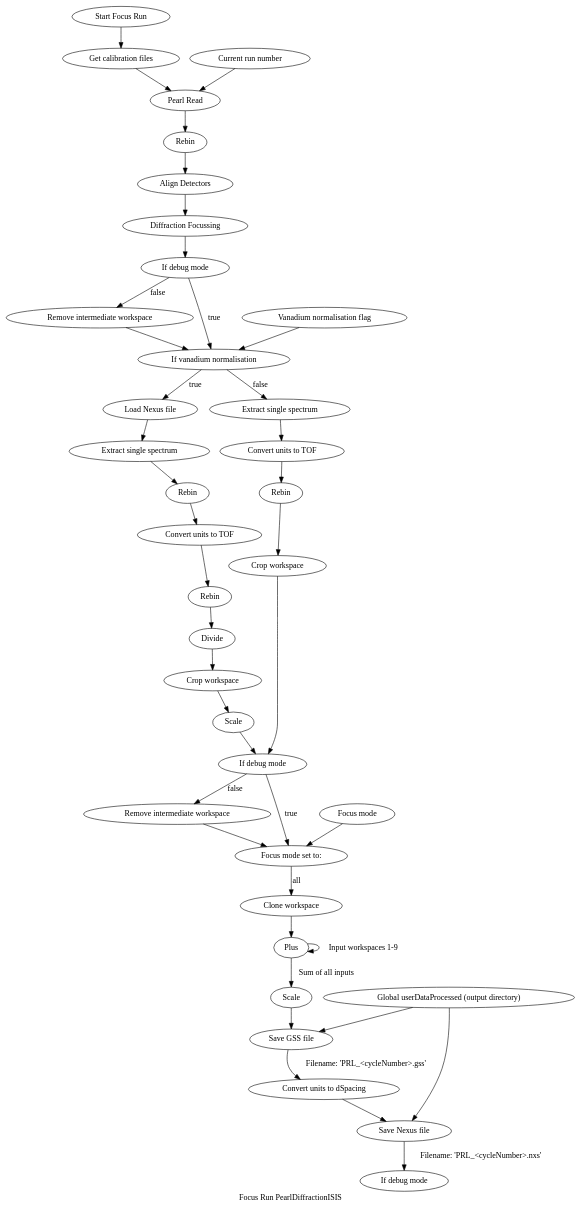
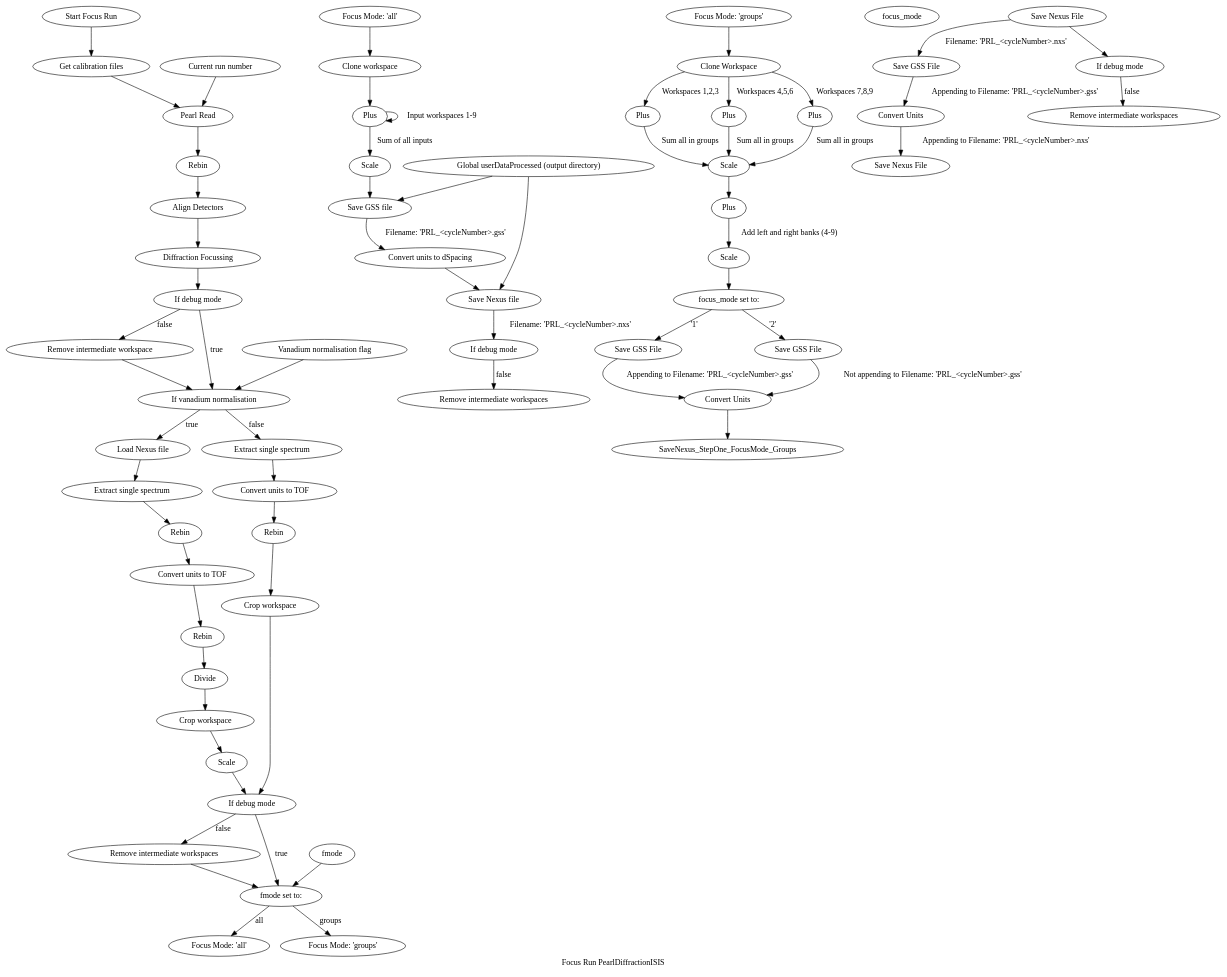
Before and after one commit to mantidproject/mantid: the diagram in docs/source/diagrams/PEARL-Run-Focus-wkflw.dot, drawn with Graphviz.

Commit message:
Re #17046 More work on PEARL graphs

```diff
--- a/docs/source/diagrams/PEARL-Run-Focus-wkflw.dot
+++ b/docs/source/diagrams/PEARL-Run-Focus-wkflw.dot
@@ -5,13 +5,17 @@
     // Global prefix: Focus_run_
     
     Focus_run_start             [label="Start Focus Run"]
+    Focus_run_start_FocusModeAll    [label="Focus Mode: 'all'"]
+    Focus_run_start_FocusModeGroups [label="Focus Mode: 'groups'"]
     
     subgraph params {
     //$param_style
     
     Focus_run_param_current_run_number  [label="Current run number"]
     Focus_run_param_vanadium_norm       [label="Vanadium normalisation flag"]
-    Focus_run_param_focus_mode          [label="Focus mode"]
+    Focus_run_param_f_mode              [label="fmode"]
+    
+    Focus_run_param_focus_mode          [label="focus_mode"]
     
     // Global output directory
     Focus_run_param_userDataProcessed_FocusModeAll   [label="Global userDataProcessed (output directory)"]
@@ -24,6 +28,9 @@
     // Read steps - suffix:read
     Focus_run_get_calib_files_read      [label="Get calibration files"]
     Focus_run_read                      [label="Pearl Read"]
+    
+    Focus_run_process_FocusModeAll      [label="Focus Mode: 'all'"]
+    Focus_run_process_FocusModeGroups   [label="Focus Mode: 'groups'"]
     
     
     } //End of processes
@@ -55,7 +62,7 @@
     CropWorkspace_VanCalibFalse         [label="Crop workspace"]
     
     //Vanadium calibration steps - Suffix: VanCalib
-    Remove_temp_workspace_VanCalib      [label="Remove intermediate workspace"]
+    Remove_temp_workspace_VanCalib      [label="Remove intermediate workspaces"]
     
     //Focus mode set to 'all' steps - Suffix: FocusModeAll
     CloneWorkspace_FocusModeAll         [label="Clone workspace"]
@@ -64,9 +71,24 @@
     SaveGSS_FocusModeAll                [label="Save GSS file"]
     ConvertUnits_dSpacing_FocusModeAll  [label="Convert units to dSpacing"]
     SaveNexus_FocusModeAll              [label="Save Nexus file"]
+    Remove_temp_workspace_FocusModeAll  [label="Remove intermediate workspaces"]
     
     //Focus mode set to 'groups' steps - Suffix: FocusModeGroups
-    
+    CloneWorkspace_FocusModeGroups      [label="Clone Workspace"]
+    Plus_StepOne_FocusModeGroups        [label="Plus"]
+    Plus_StepTwo_FocusModeGroups        [label="Plus"]
+    Plus_StepThree_FocusModeGroups      [label="Plus"]
+    Plus_StepFour_FocusModeGroups       [label="Plus"]
+    Scale_StepOne_FocusModeGroups       [label="Scale"]
+    Scale_StepTwo_FocusModeGroups       [label="Scale"]
+    SaveGSS_Mode1_FocusModeGroups       [label="Save GSS File"]
+    SaveGSS_Mode2_FocusModeGroups       [label="Save GSS File"]
+    ConvertUnits_FocusModeGroups        [label="Convert Units"]
+    SaveNexus_FocusMode_Groups          [label="Save Nexus File"]
+    SaveGSS_Range_FocusModeGroups       [label="Save GSS File"]
+    ConvertUnits_PreSave_FocusModeGroups [label="Convert Units"]
+    SaveNexus_Range_FocusModeGroups     [label="Save Nexus File"]
+    Remove_temp_workspace_FocusModeGroups [label="Remove intermediate workspaces"]
     
     } //End of algorithms
     
@@ -76,11 +98,13 @@
     // Debug checks
     Focus_run_if_debug_mode_read        [label="If debug mode"]
     Focus_run_if_debug_mode_VanCalib    [label="If debug mode"]
-    Focus_run_if_debug_mode_Focus [label="If debug mode"]
+    Focus_run_if_debug_mode_FocusModeAll    [label="If debug mode"]
+    Focus_run_if_debug_mode_FocusModeGroups [label="If debug mode"]
     
     
-    Focus_run_switch_focus_mode         [label="Focus mode set to:"]
+    Focus_run_switch_f_mode             [label="fmode set to:"]
     Focus_run_if_van_norm               [label="If vanadium normalisation"]
+    Focus_run_if_focus_mode             [label="focus_mode set to:"]
     
     } //End of decisions
     
@@ -125,28 +149,66 @@
     // Finished vanadium calibration - debug mode flag test
     // Debug mode is off:
     Focus_run_if_debug_mode_VanCalib    -> Remove_temp_workspace_VanCalib   [label="false"]
-    Remove_temp_workspace_VanCalib      -> Focus_run_switch_focus_mode
+    Remove_temp_workspace_VanCalib      -> Focus_run_switch_f_mode
     // Debug mode is on (ie. don't remove temp workspaces)
-    Focus_run_if_debug_mode_VanCalib    -> Focus_run_switch_focus_mode      [label="true"]
+    Focus_run_if_debug_mode_VanCalib    -> Focus_run_switch_f_mode          [label="true"]
     
     // Check the param to determine next behaviour 
-    Focus_run_param_focus_mode          -> Focus_run_switch_focus_mode  
+    Focus_run_param_f_mode              -> Focus_run_switch_f_mode  
+    Focus_run_switch_f_mode             -> Focus_run_process_FocusModeAll   [label="all"]
+    Focus_run_switch_f_mode             -> Focus_run_process_FocusModeGroups [label="groups"]
     
+    
+    }
+    
+    
+    
+    subgraph Focus_run_FocusModeAll{
     //Focus mode set to 'all' steps - Suffix: FocusModeAll
-    Focus_run_switch_focus_mode         -> CloneWorkspace_FocusModeAll      [label="all"]
+    Focus_run_start_FocusModeAll        -> CloneWorkspace_FocusModeAll
     CloneWorkspace_FocusModeAll         -> Plus_FocusModeAll
     Plus_FocusModeAll                   -> Plus_FocusModeAll                [label="Input workspaces 1-9"]
     Plus_FocusModeAll                   -> Scale_FocusModeAll               [label="Sum of all inputs"]
     Scale_FocusModeAll                  -> SaveGSS_FocusModeAll
     Focus_run_param_userDataProcessed_FocusModeAll -> SaveGSS_FocusModeAll  
-    SaveGSS_FocusModeAll                -> ConvertUnits_dSpacing_FocusModeAll [label="Filename: 'PRL_<cycleNumber>.gss'"]
+    SaveGSS_FocusModeAll                -> ConvertUnits_dSpacing_FocusModeAll   [label="Filename: 'PRL_<cycleNumber>.gss'"]
     ConvertUnits_dSpacing_FocusModeAll  -> SaveNexus_FocusModeAll
     Focus_run_param_userDataProcessed_FocusModeAll -> SaveNexus_FocusModeAll
-    SaveNexus_FocusModeAll              -> Focus_run_if_debug_mode_Focus    [label="Filename: 'PRL_<cycleNumber>.nxs'"]
-    
-    //Focus mode set to 'groups' steps - Suffix: FocusModeGroups
-    
-    
+    SaveNexus_FocusModeAll              -> Focus_run_if_debug_mode_FocusModeAll [label="Filename: 'PRL_<cycleNumber>.nxs'"]
+    //Finally debug mode test
+    // Debug mode is off:
+    Focus_run_if_debug_mode_FocusModeAll -> Remove_temp_workspace_FocusModeAll  [label="false"] 
     
     }
+    
+    subgraph Focus_run_FocusModeGroups{
+    //Focus mode set to 'groups' steps - Suffix: FocusModeGroups
+    Focus_run_start_FocusModeGroups     -> CloneWorkspace_FocusModeGroups
+    //First workspaces 0-2 - we will 1 based index as that's what Mantid will output 
+    CloneWorkspace_FocusModeGroups      -> Plus_StepOne_FocusModeGroups     [label="Workspaces 1,2,3"]
+    CloneWorkspace_FocusModeGroups      -> Plus_StepTwo_FocusModeGroups     [label="Workspaces 4,5,6"]
+    CloneWorkspace_FocusModeGroups      -> Plus_StepThree_FocusModeGroups   [label="Workspaces 7,8,9"]
+    Plus_StepOne_FocusModeGroups        -> Scale_StepOne_FocusModeGroups    [label="Sum all in groups"]
+    Plus_StepTwo_FocusModeGroups        -> Scale_StepOne_FocusModeGroups    [label="Sum all in groups"]
+    Plus_StepThree_FocusModeGroups      -> Scale_StepOne_FocusModeGroups    [label="Sum all in groups"]
+    // Add left and right 90 degree bank modules
+    Scale_StepOne_FocusModeGroups       -> Plus_StepFour_FocusModeGroups
+    Plus_StepFour_FocusModeGroups       -> Scale_StepTwo_FocusModeGroups    [label="Add left and right banks (4-9)"]
+    Scale_StepTwo_FocusModeGroups       -> Focus_run_if_focus_mode      
+    // Focus_mode '1' saving:
+    Focus_run_if_focus_mode             -> SaveGSS_Mode1_FocusModeGroups    [label="'1'"]
+    SaveGSS_Mode1_FocusModeGroups       -> ConvertUnits_FocusModeGroups     [label="Appending to Filename: 'PRL_<cycleNumber>.gss'"]
+    // Focus Mode '2' saving:
+    Focus_run_if_focus_mode             -> SaveGSS_Mode2_FocusModeGroups    [label="'2'"]
+    SaveGSS_Mode2_FocusModeGroups       -> ConvertUnits_FocusModeGroups     [label="Not appending to Filename: 'PRL_<cycleNumber>.gss'"]
+    ConvertUnits_FocusModeGroups        -> SaveNexus_StepOne_FocusMode_Groups
+    SaveNexus_FocusMode_Groups          -> SaveGSS_Range_FocusModeGroups    [label="Filename: 'PRL_<cycleNumber>.nxs'"]
+    SaveGSS_Range_FocusModeGroups       -> ConvertUnits_PreSave_FocusModeGroups [label="Appending to Filename: 'PRL_<cycleNumber>.gss'"]
+    ConvertUnits_PreSave_FocusModeGroups -> SaveNexus_Range_FocusModeGroups [label="Appending to Filename: 'PRL_<cycleNumber>.nxs'"]
+    SaveNexus_FocusMode_Groups          -> Focus_run_if_debug_mode_FocusModeGroups
+    //Finally debug mode test - Debug mode is off
+    Focus_run_if_debug_mode_FocusModeGroups -> Remove_temp_workspace_FocusModeGroups   [label="false"]
+    
+    }
+    
 }
```
